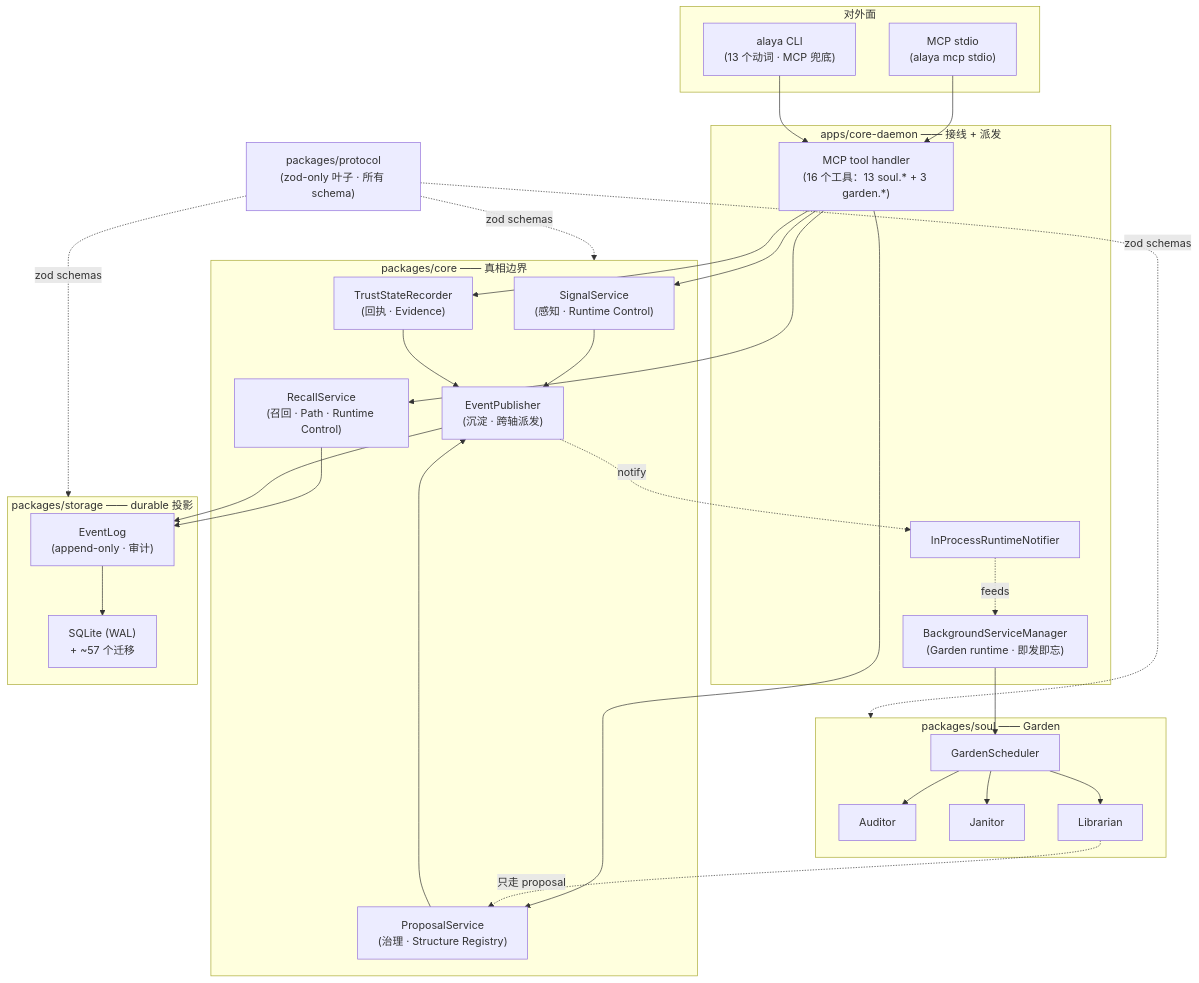
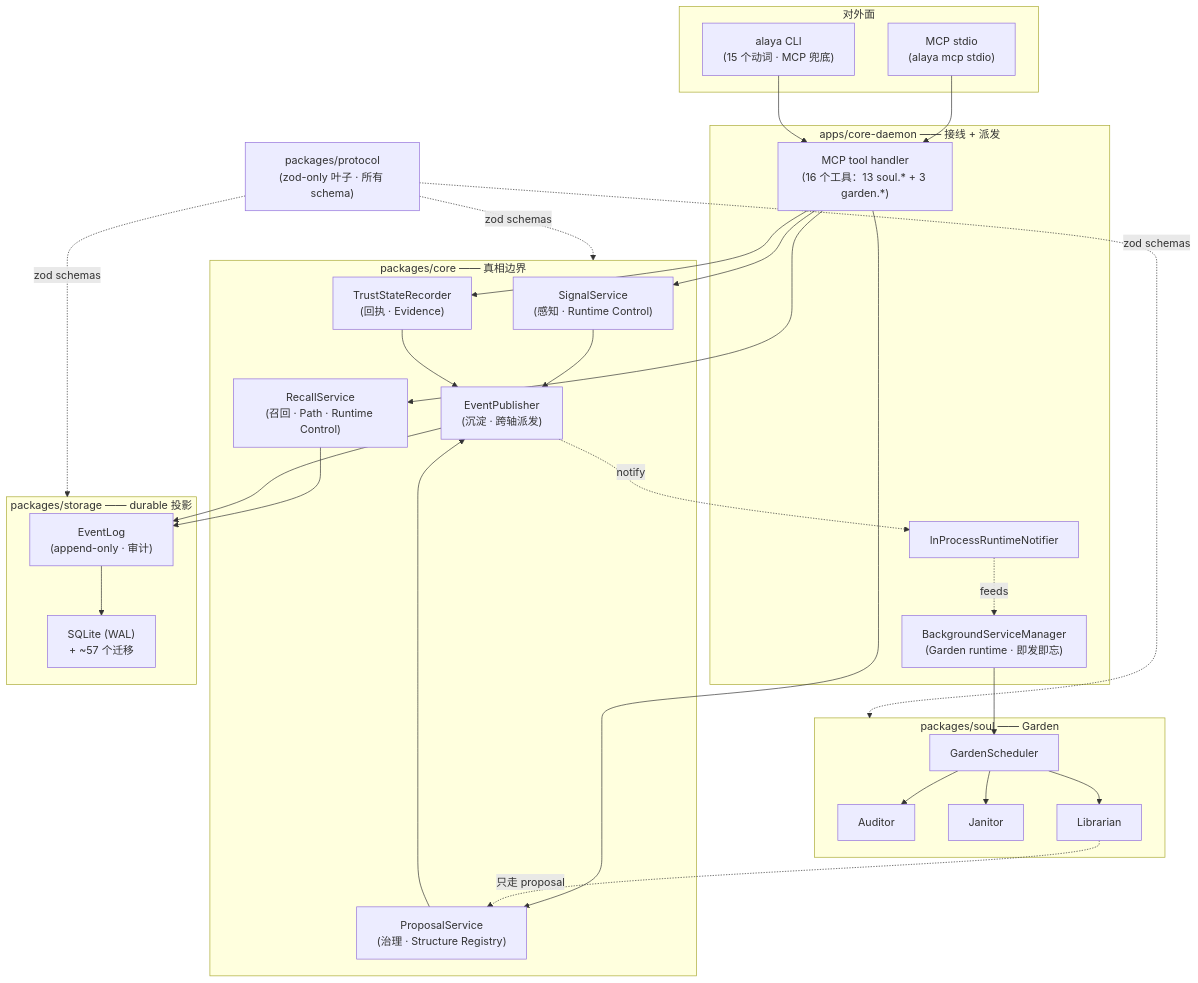
The second of 2 diagrams in README.zh-CN.md (tdwhere123/Do-SOUL-Alaya), drawn with Mermaid before and after one commit. The commit also changed other lines of this file and 55 other files, not shown here.

````diff
--- a/README.zh-CN.md
+++ b/README.zh-CN.md
@@ -372,57 +372,57 @@
 ```mermaid
 graph TD
     subgraph Surfaces["对外面"]
         MCPS["MCP stdio<br/>(alaya mcp stdio)"]
-        CLIS["alaya CLI<br/>(13 个动词 · MCP 兜底)"]
+        CLIS["alaya CLI<br/>(15 个动词 · MCP 兜底)"]
     end
 
     subgraph Daemon["apps/core-daemon —— 接线 + 派发"]
         TH["MCP tool handler<br/>(16 个工具：13 soul.* + 3 garden.*)"]
         BG["BackgroundServiceManager<br/>(Garden runtime · 即发即忘)"]
         NOTI["InProcessRuntimeNotifier"]
     end
 
     subgraph Core["packages/core —— 真相边界"]
         SS["SignalService<br/>(感知 · Runtime Control)"]
         PROP["ProposalService<br/>(治理 · Structure Registry)"]
         EP["EventPublisher<br/>(沉淀 · 跨轴派发)"]
         REC["RecallService<br/>(召回 · Path · Runtime Control)"]
         TR["TrustStateRecorder<br/>(回执 · Evidence)"]
     end
 
     subgraph Soul["packages/soul —— Garden"]
         AUD["Auditor"]
         JAN["Janitor"]
         LIB["Librarian"]
         SCH["GardenScheduler"]
     end
 
     subgraph StorageBox["packages/storage —— durable 投影"]
         EL["EventLog<br/>(append-only · 审计)"]
         DB["SQLite (WAL)<br/>+ ~57 个迁移"]
     end
 
     PROTO["packages/protocol<br/>(zod-only 叶子 · 所有 schema)"]
 
     MCPS --> TH
     CLIS --> TH
     TH --> SS
     TH --> PROP
     TH --> REC
     TH --> TR
     SS --> EP
     PROP --> EP
     REC --> EL
     TR --> EP
     EP --> EL
     EL --> DB
     EP -.notify.-> NOTI
     NOTI -.feeds.-> BG
     BG --> SCH
     SCH --> AUD & JAN & LIB
     LIB -.只走 proposal.-> PROP
 
     PROTO -. zod schemas .-> Core
     PROTO -. zod schemas .-> Soul
     PROTO -. zod schemas .-> StorageBox
 ```
````
